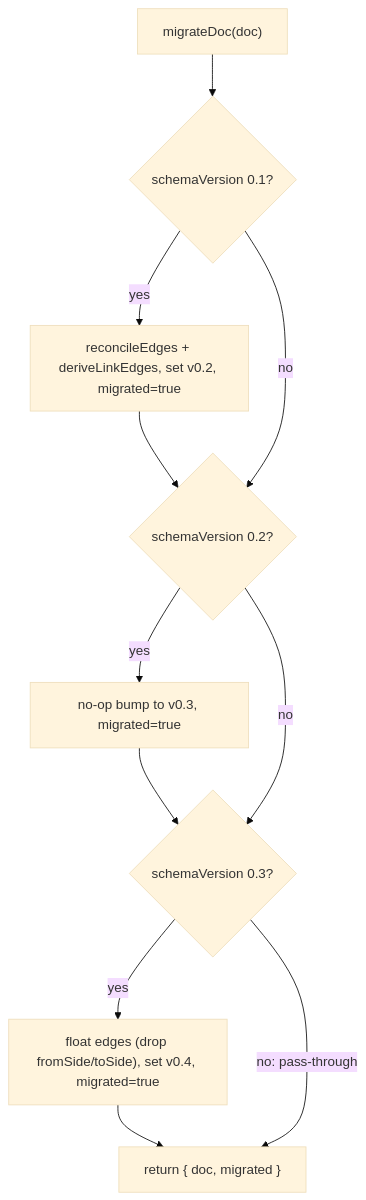
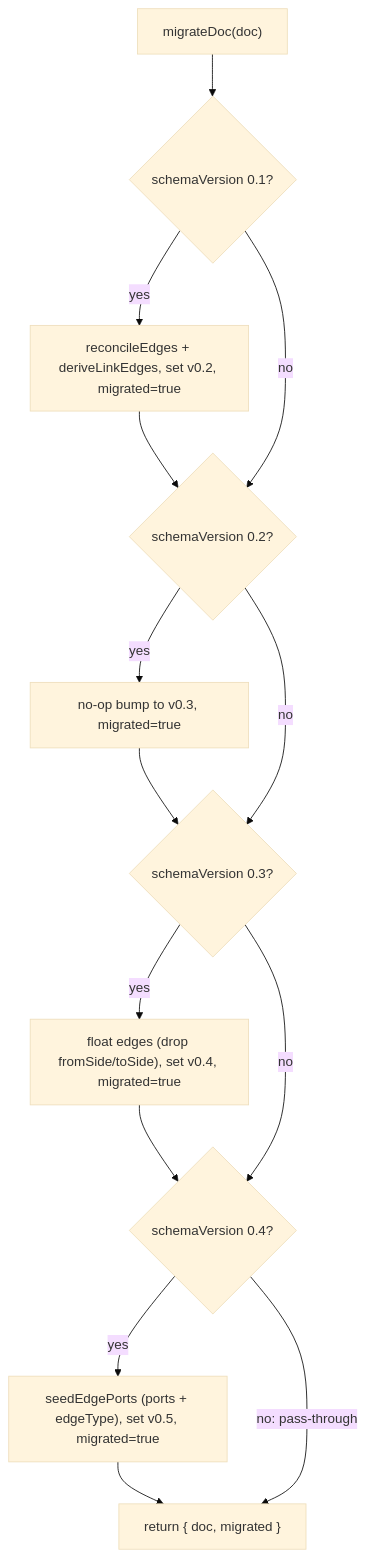
Before and after one commit to david-ds-teles/flowcanvas: the diagram in .flowcode/project/modules/migrate.md, drawn with Mermaid (base theme). The commit also changed other lines of this file and 58 other files, not shown here.

````diff
--- a/.flowcode/project/modules/migrate.md
+++ b/.flowcode/project/modules/migrate.md
@@ -27,13 +29,16 @@
 ```mermaid
 flowchart TD
   IN["migrateDoc(doc)"] --> C1{"schemaVersion 0.1?"}
   C1 -- "yes" --> BAKE["reconcileEdges + deriveLinkEdges, set v0.2, migrated=true"]
   BAKE --> C2{"schemaVersion 0.2?"}
   C1 -- "no" --> C2
   C2 -- "yes" --> BUMP["no-op bump to v0.3, migrated=true"]
   BUMP --> C3{"schemaVersion 0.3?"}
   C2 -- "no" --> C3
   C3 -- "yes" --> FLOAT["float edges (drop fromSide/toSide), set v0.4, migrated=true"]
-  FLOAT --> RET["return { doc, migrated }"]
-  C3 -- "no: pass-through" --> RET
+  FLOAT --> C4{"schemaVersion 0.4?"}
+  C3 -- "no" --> C4
+  C4 -- "yes" --> PORTS["seedEdgePorts (ports + edgeType), set v0.5, migrated=true"]
+  PORTS --> RET["return { doc, migrated }"]
+  C4 -- "no: pass-through" --> RET
 ```
````
